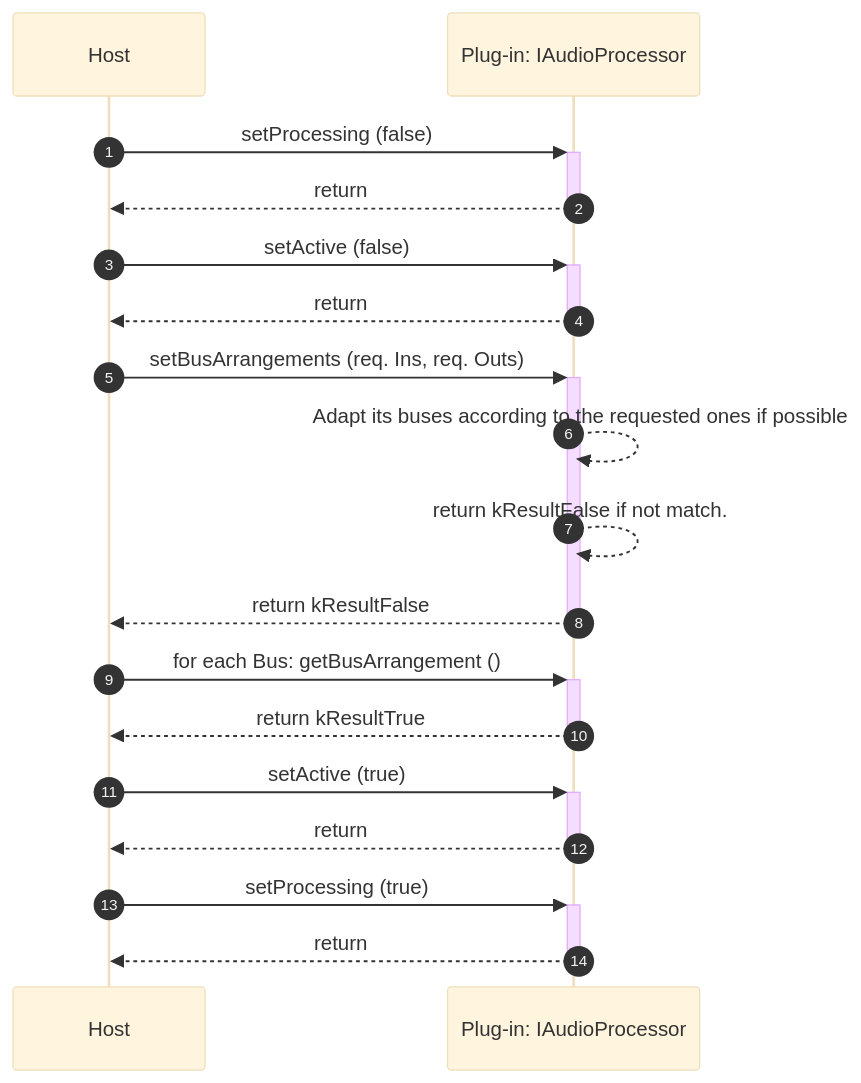
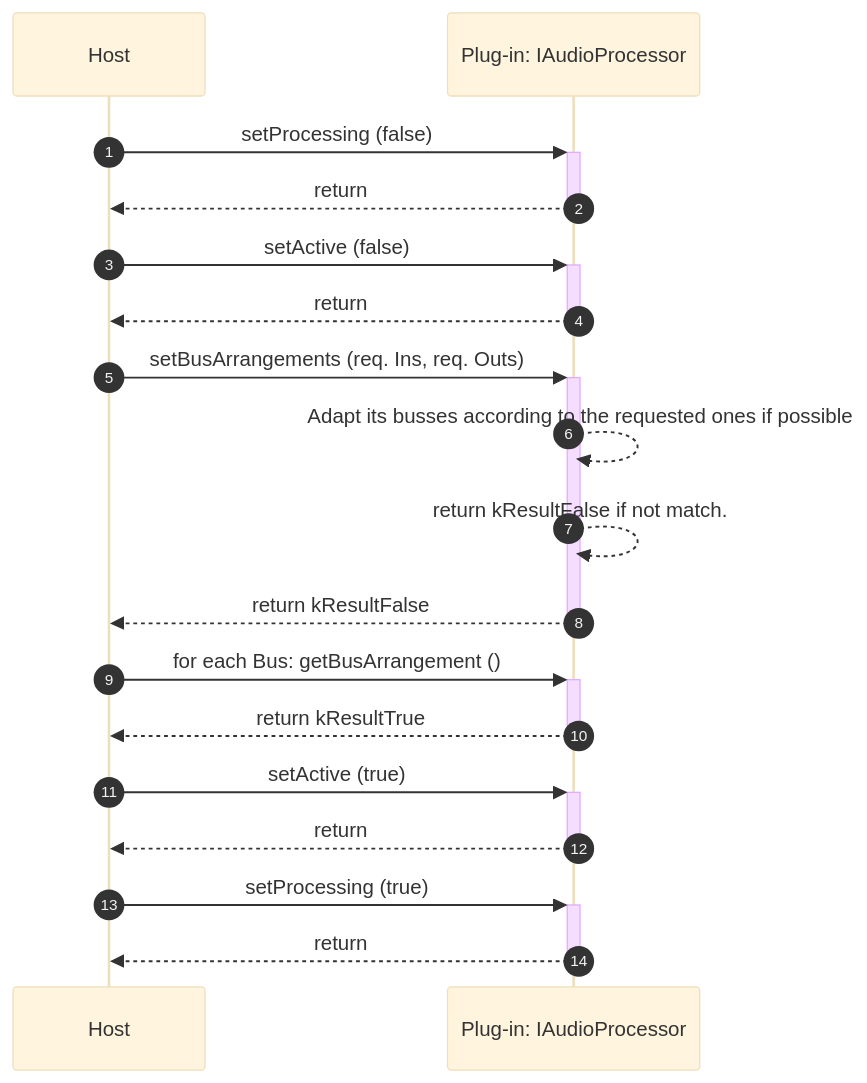
The second of 2 diagrams in src/pages/Technical+Documentation/Workflow+Diagrams/Bus+Arrangement+Setting+Sequence.md (steinbergmedia/vst3_dev_portal), drawn with Mermaid (base theme) before and after one commit. The commit also changed 2 other files, not shown here.

Commit message:
[update] add tables for clarification

````diff
--- a/src/pages/Technical+Documentation/Workflow+Diagrams/Bus+Arrangement+Setting+Sequence.md
+++ b/src/pages/Technical+Documentation/Workflow+Diagrams/Bus+Arrangement+Setting+Sequence.md
@@ -39,27 +39,27 @@
 ```mermaid
 sequenceDiagram
 
     participant H as Host
     participant P as Plug-in: IAudioProcessor
 
     autonumber
 
     H->>+P:     setProcessing (false)
     P-->>-H:    return
     H->>+P:     setActive (false)
     P-->>-H:    return
 
     H->>+P:     setBusArrangements (req. Ins, req. Outs)
-    P-->>P:     Adapt its buses according to the requested ones if possible
+    P-->>P:     Adapt its busses according to the requested ones if possible
     P-->>P:     return kResultFalse if not match.
 
     P-->>-H:    return kResultFalse
 
     H->>+P:     for each Bus: getBusArrangement ()
     P-->>-H:    return kResultTrue
 
     H->>+P:     setActive (true)
     P-->>-H:    return
     H->>+P:     setProcessing (true)
     P-->>-H:    return
 ```
````
